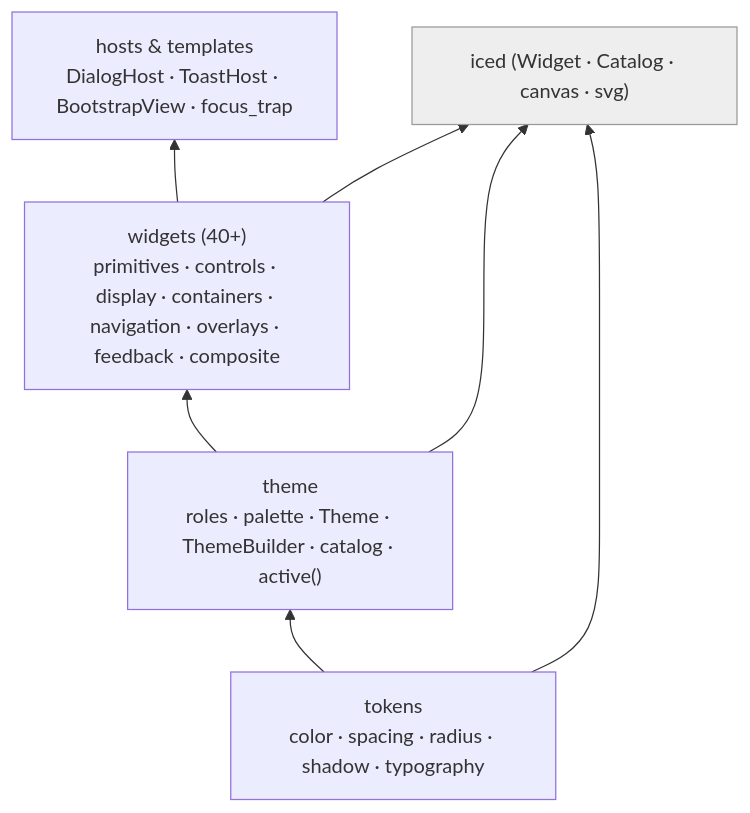
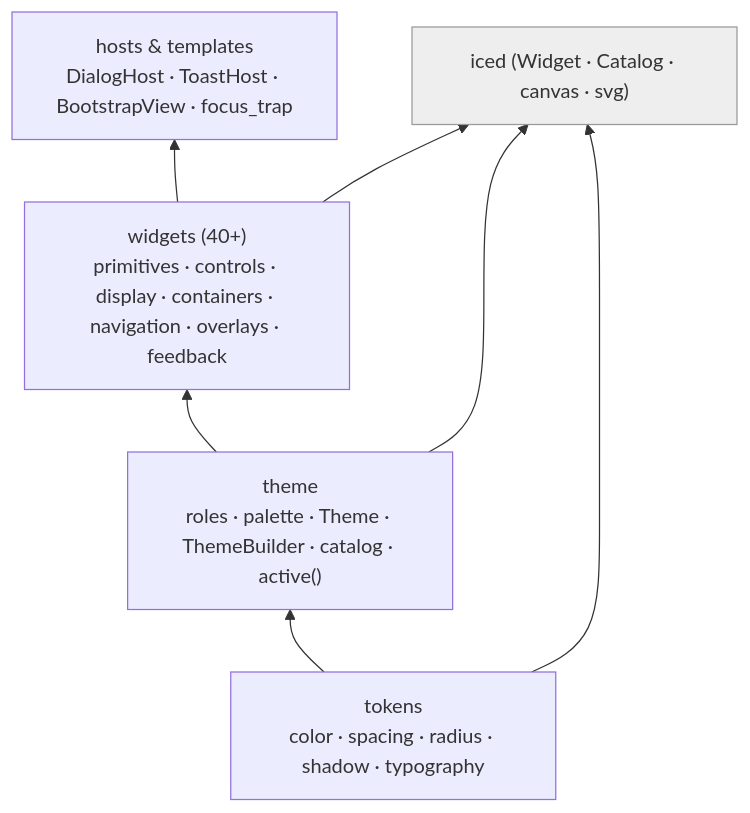
The second of 2 diagrams in docs/architecture/ui-components.md (JirlanSouza/nive), drawn with Mermaid before and after one commit. The commit also changed other lines of this file and 3 other files, not shown here.

First line of the commit message:
docs: update architecture docs and README for new widget taxonomy

````diff
--- a/docs/architecture/ui-components.md
+++ b/docs/architecture/ui-components.md
@@ -48,16 +43,16 @@
 ```mermaid
 flowchart BT
     iced["iced (Widget · Catalog · canvas · svg)"]
     tokens["tokens<br/>color · spacing · radius · shadow · typography"]
     theme["theme<br/>roles · palette · Theme · ThemeBuilder · catalog · active()"]
-    widgets["widgets (40+)<br/>primitives · controls · display · containers · navigation · overlays · feedback · composite"]
+    widgets["widgets (40+)<br/>primitives · controls · display · containers · navigation · overlays · feedback"]
     hosts["hosts & templates<br/>DialogHost · ToastHost · BootstrapView · focus_trap"]
 
     tokens --> theme --> widgets --> hosts
     tokens --> iced
     widgets --> iced
     theme --> iced
 
     classDef ext fill:#eee,stroke:#999,color:#333;
     class iced ext;
 ```
````
